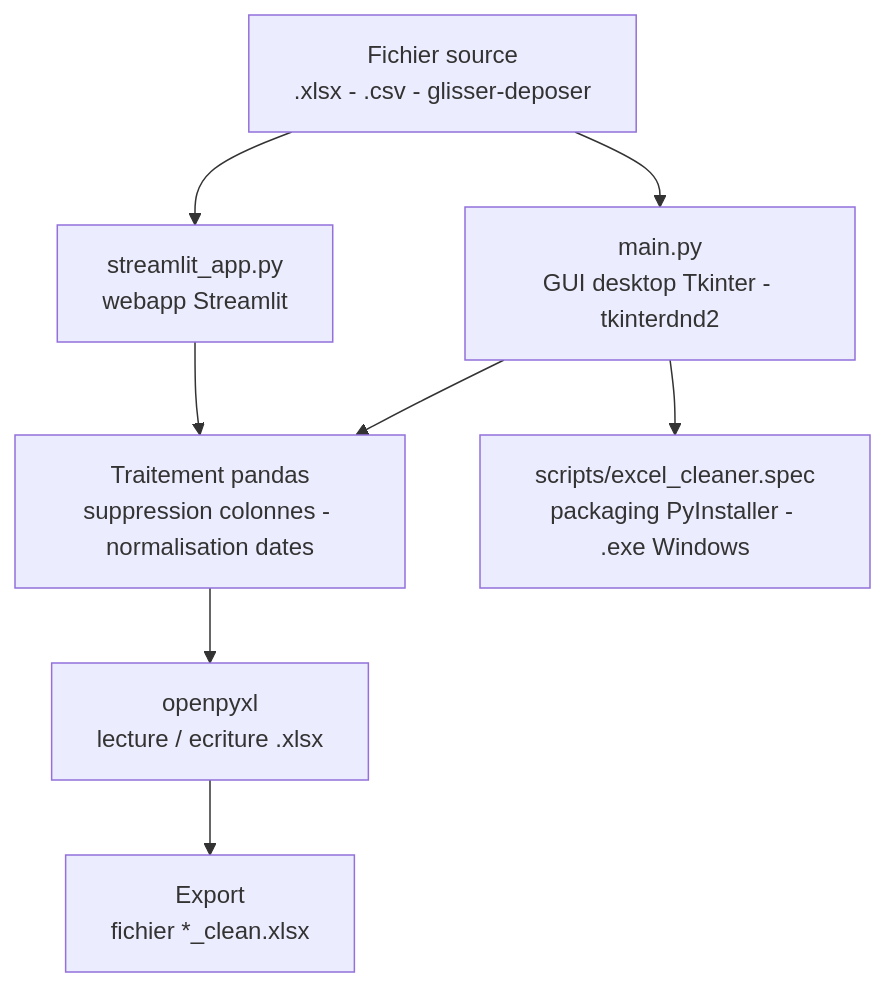
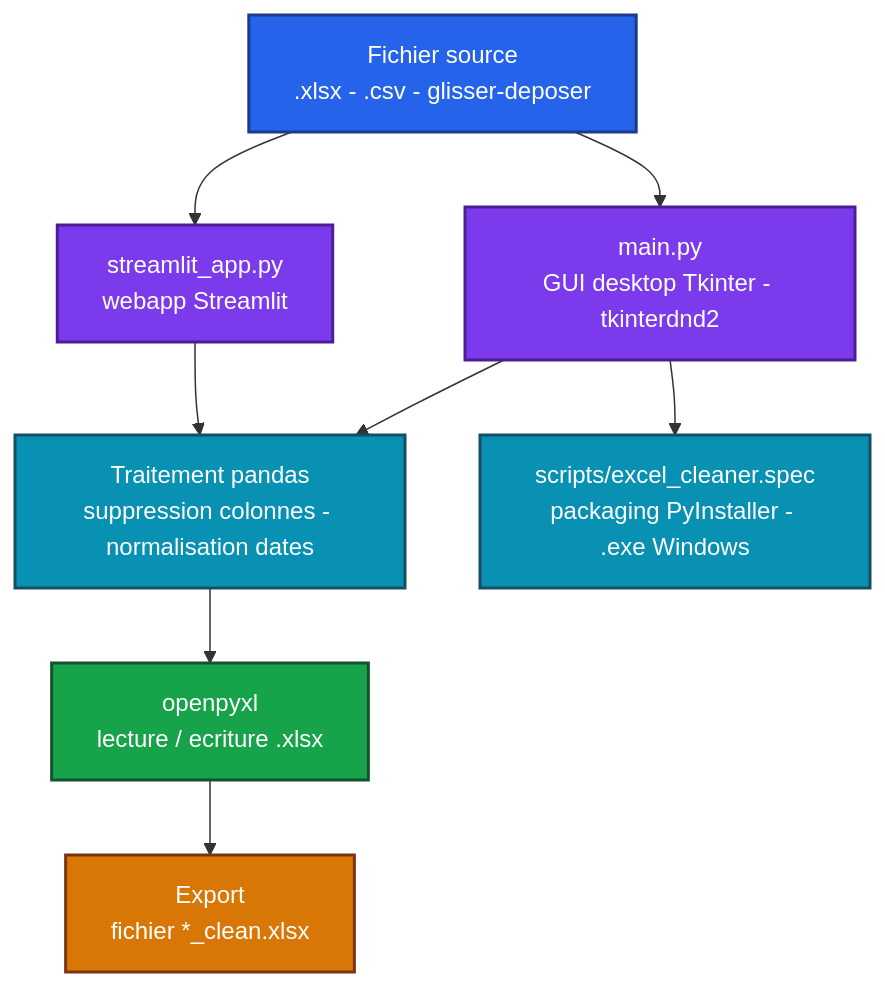
One commit to Adam-Blf/ExecelCleaner changed the diagram in README.md. Above: the diagram before and after it, drawn with Mermaid.

Commit message:
docs: add colors to mermaid diagrams (#4)
Each node gets a palette class (by subgraph or by flow depth), subgraphs are tinted, non-flowchart diagrams use a colored base theme. Validated by rendering every diagram before and after.

````diff
--- a/README.md
+++ b/README.md
@@ -19,17 +19,28 @@
 ```mermaid
 flowchart TB
     A["Fichier source<br/>.xlsx - .csv - glisser-deposer"]
     B["main.py<br/>GUI desktop Tkinter - tkinterdnd2"]
     C["streamlit_app.py<br/>webapp Streamlit"]
     D["Traitement pandas<br/>suppression colonnes - normalisation dates"]
     E["openpyxl<br/>lecture / ecriture .xlsx"]
     F["Export<br/>fichier *_clean.xlsx"]
     G["scripts/excel_cleaner.spec<br/>packaging PyInstaller - .exe Windows"]
     A --> B
     A --> C
     B --> D
     C --> D
     D --> E
     E --> F
     B --> G
+
+    classDef c0 fill:#2563eb,stroke:#1e3a8a,stroke-width:2px,color:#ffffff
+    classDef c1 fill:#7c3aed,stroke:#4c1d95,stroke-width:2px,color:#ffffff
+    classDef c2 fill:#0891b2,stroke:#164e63,stroke-width:2px,color:#ffffff
+    classDef c3 fill:#16a34a,stroke:#14532d,stroke-width:2px,color:#ffffff
+    classDef c4 fill:#d97706,stroke:#78350f,stroke-width:2px,color:#ffffff
+    class A c0
+    class B,C c1
+    class D,G c2
+    class E c3
+    class F c4
 ```
````
